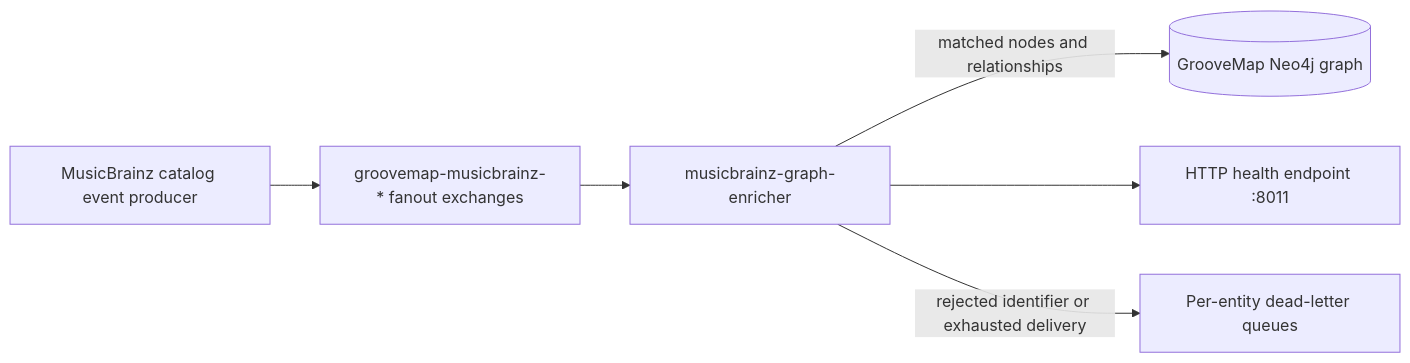
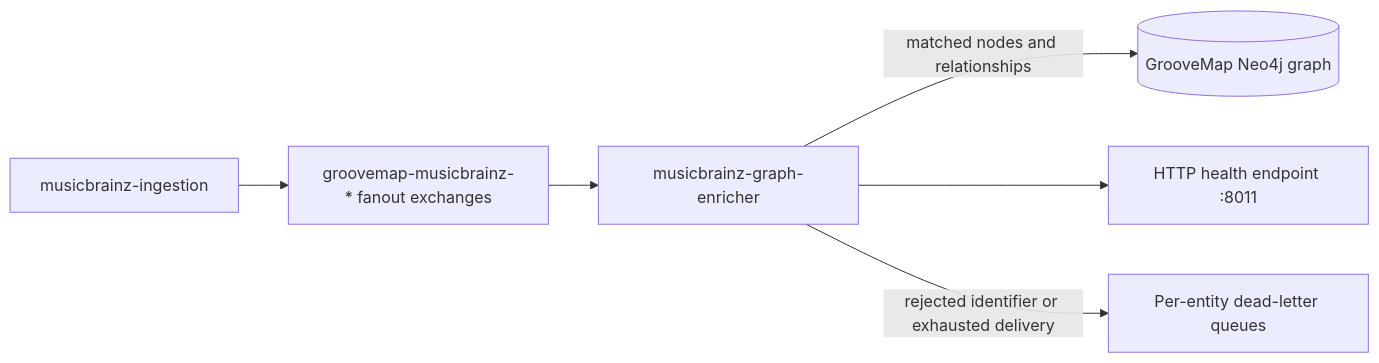
Before and after one commit to groovemap-music/musicbrainz-graph-enricher: the diagram in README.md, drawn with Mermaid. The commit also changed other lines of this file and 7 other files, not shown here.

Commit message:
docs: reconcile MusicBrainz graph guidance

````diff
--- a/README.md
+++ b/README.md
@@ -10,14 +10,14 @@
 ```mermaid
 flowchart LR
-    Producer[MusicBrainz catalog event producer]
+    Producer[musicbrainz-ingestion]
     Exchange[groovemap-musicbrainz-* fanout exchanges]
     Service[musicbrainz-graph-enricher]
     Graph[(GrooveMap Neo4j graph)]
     Health[HTTP health endpoint :8011]
     DLQ[Per-entity dead-letter queues]
 
     Producer --> Exchange --> Service
     Service -->|matched nodes and relationships| Graph
     Service --> Health
     Service -->|rejected identifier or exhausted delivery| DLQ
 ```
````
